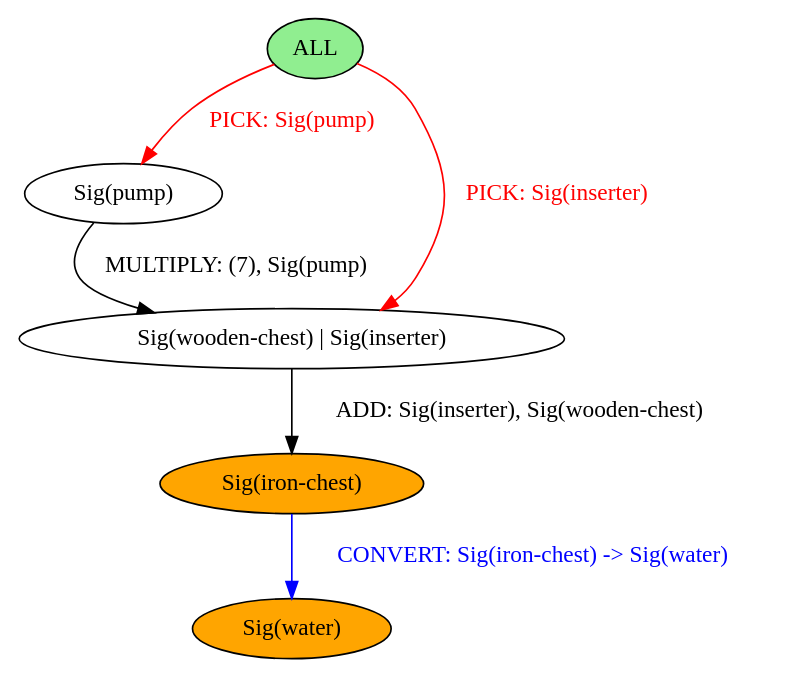
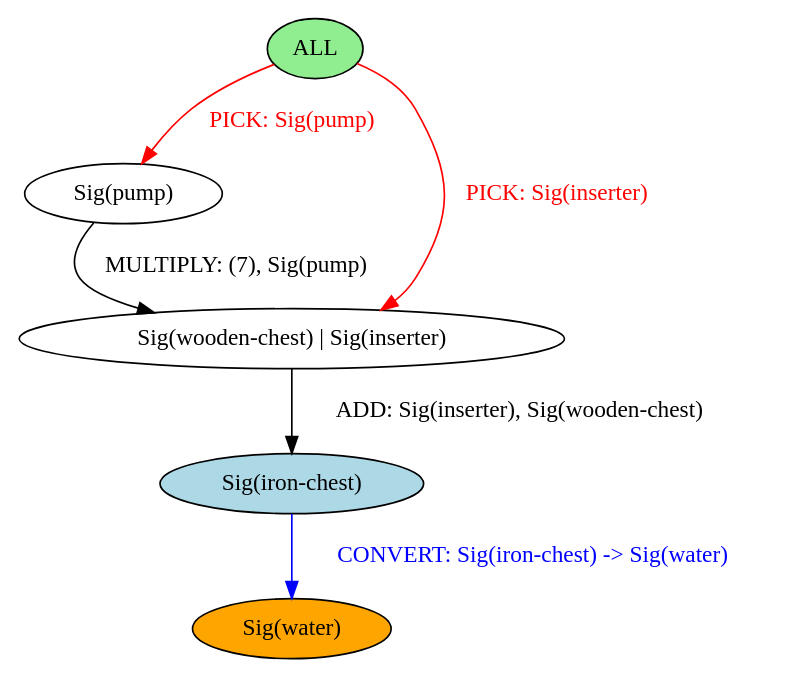
The diagram in chef-lang/examples/comments.output.dot (BalderHolst/chef), drawn with Graphviz before and after one commit. The commit also changed 10 other files, not shown here.

```diff
--- a/chef-lang/examples/comments.output.dot
+++ b/chef-lang/examples/comments.output.dot
@@ -1,13 +1,13 @@
 strict digraph {
 	nodesep=1
 	4	[style=filled fillcolor=white label="Sig(pump)"]
 	6	[style=filled fillcolor=white label="Sig(wooden-chest) | Sig(inserter)"]
 	0	[style=filled fillcolor=lightgreen label="ALL"]
 	9	[style=filled fillcolor=orange label="Sig(water)"]
-	8	[style=filled fillcolor=orange label="Sig(iron-chest)"]
+	8	[style=filled fillcolor=lightblue label="Sig(iron-chest)"]
 	4 -> 6	[label="MULTIPLY: (7), Sig(pump)" color=black fontcolor=black]
 	6 -> 8	[label="ADD: Sig(inserter), Sig(wooden-chest)" color=black fontcolor=black]
 	0 -> 6	[label="PICK: Sig(inserter)" color=red fontcolor=red]
 	0 -> 4	[label="PICK: Sig(pump)" color=red fontcolor=red]
 	8 -> 9	[label="CONVERT: Sig(iron-chest) -> Sig(water)" color=blue fontcolor=blue]
 }
```
